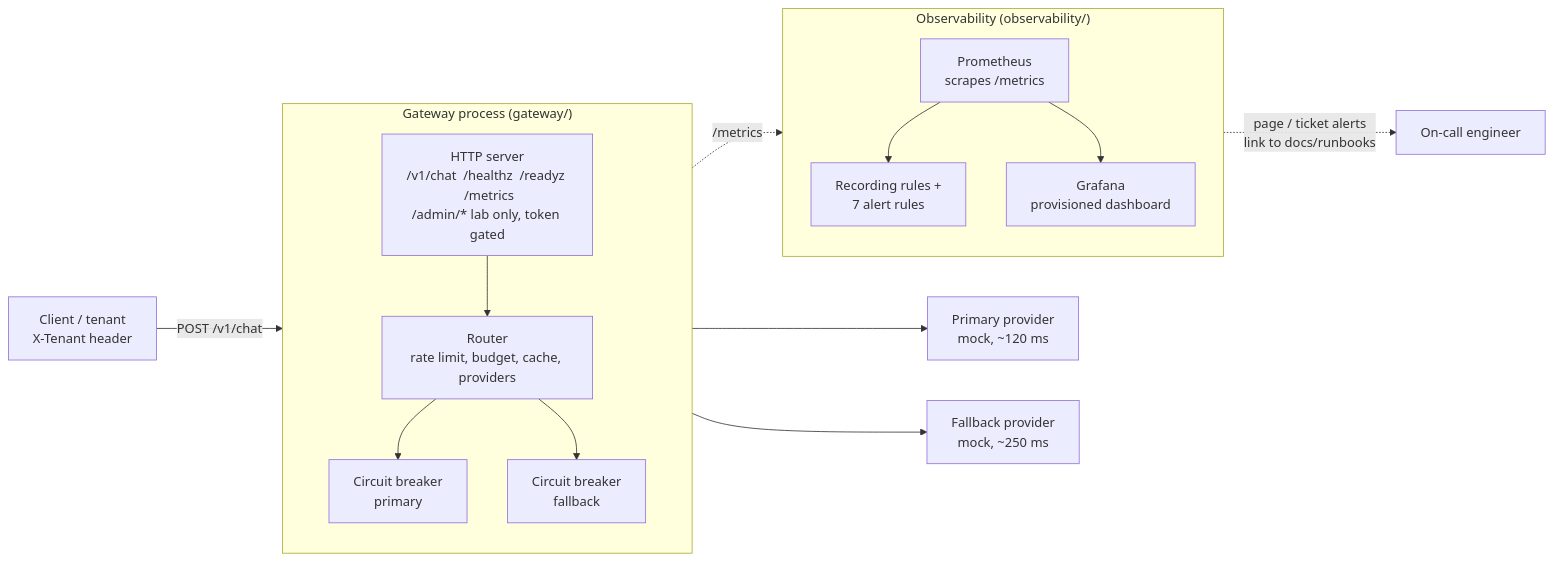
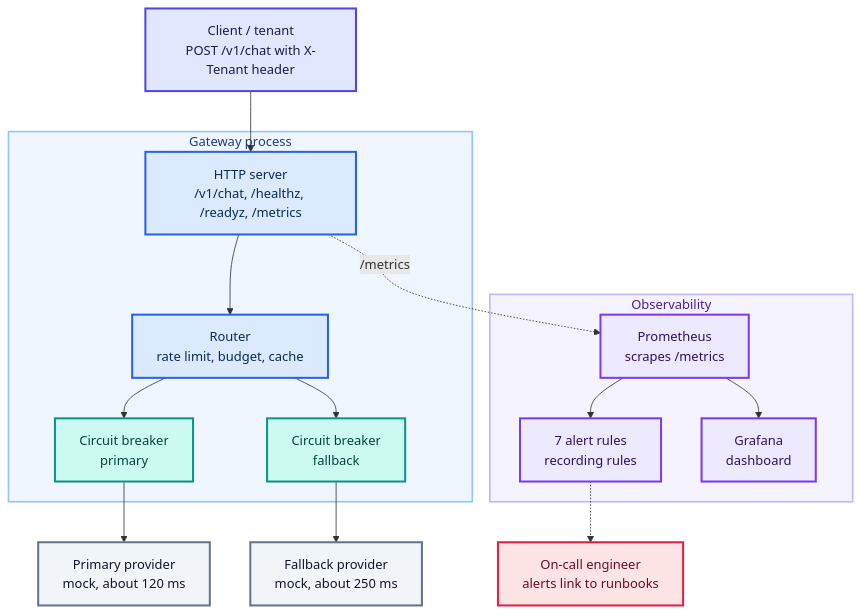
One commit to Joxejaime/Projects-2026 changed the first of 5 diagrams in projects/ai-reliability-platform/docs/schematics/README.md. Above: the diagram before and after it, drawn with Mermaid. The commit also changed other lines of this file and 62 other files, not shown here.

First line of the commit message:
Colour the schematics and add LinkedIn cards and carousels

````diff
--- a/projects/ai-reliability-platform/docs/schematics/README.md
+++ b/projects/ai-reliability-platform/docs/schematics/README.md
@@ -10,35 +10,48 @@
 ```mermaid
 %% title: System architecture
+%% headline: An AI gateway built to keep answering when a provider fails
+%% takeaway: Rate limits, budgets, cache, two providers, metrics and SLO alerts in one small service.
+%% legend: entry=Client,app=Gateway,guard=Circuit breakers,neutral=External provider,obs=Observability,alert=On-call
 %% caption: What runs where. The gateway is one stdlib Python process; Prometheus scrapes it and evaluates the SLO rules in observability/rules/slo.yml, Grafana reads Prometheus. Providers are mocks.
-flowchart LR
-    client["Client / tenant<br/>X-Tenant header"]
-
-    subgraph gw["Gateway process (gateway/)"]
-        direction TB
-        http["HTTP server<br/>/v1/chat  /healthz  /readyz  /metrics<br/>/admin/* lab only, token gated"]
-        core["Router<br/>rate limit, budget, cache, providers"]
+flowchart TB
+    client["Client / tenant<br/>POST /v1/chat with X-Tenant header"]
+    subgraph gw["Gateway process"]
+        http["HTTP server<br/>/v1/chat, /healthz, /readyz, /metrics"]
+        core["Router<br/>rate limit, budget, cache"]
         pbrk["Circuit breaker<br/>primary"]
         fbrk["Circuit breaker<br/>fallback"]
         http --> core
         core --> pbrk
         core --> fbrk
     end
-
-    primary["Primary provider<br/>mock, ~120 ms"]
-    fallback["Fallback provider<br/>mock, ~250 ms"]
-
-    subgraph obs["Observability (observability/)"]
-        direction TB
+    primary["Primary provider<br/>mock, about 120 ms"]
+    fallback["Fallback provider<br/>mock, about 250 ms"]
+    subgraph obs["Observability"]
         prom["Prometheus<br/>scrapes /metrics"]
-        rules["Recording rules +<br/>7 alert rules"]
-        graf["Grafana<br/>provisioned dashboard"]
+        rules["7 alert rules<br/>recording rules"]
+        graf["Grafana<br/>dashboard"]
         prom --> rules
         prom --> graf
     end
-
-    client -->|"POST /v1/chat"| http
+    oncall["On-call engineer<br/>alerts link to runbooks"]
+    client --> http
     pbrk --> primary
     fbrk --> fallback
     http -. "/metrics" .-> prom
-    rules -. "page / ticket alerts<br/>link to docs/runbooks" .-> oncall["On-call engineer"]
+    rules -.-> oncall
+
+    classDef entry fill:#E0E7FF,stroke:#4F46E5,stroke-width:2.5px,color:#1E1B4B
+    classDef app fill:#DBEAFE,stroke:#2563EB,stroke-width:2.5px,color:#0B2A5B
+    classDef guard fill:#CCFBF1,stroke:#0D9488,stroke-width:2.5px,color:#04443F
+    classDef obs fill:#EDE9FE,stroke:#7C3AED,stroke-width:2.5px,color:#2E1065
+    classDef alert fill:#FFE4E6,stroke:#E11D48,stroke-width:2.5px,color:#6B0A20
+    classDef neutral fill:#F1F5F9,stroke:#64748B,stroke-width:2.5px,color:#0F172A
+    class client entry
+    class http,core app
+    class pbrk,fbrk guard
+    class primary,fallback neutral
+    class prom,rules,graf obs
+    class oncall alert
+    style gw fill:#EFF6FF,stroke:#93C5FD,stroke-width:2px,color:#1E3A8A
+    style obs fill:#F5F3FF,stroke:#C4B5FD,stroke-width:2px,color:#4C1D95
 ```
````
